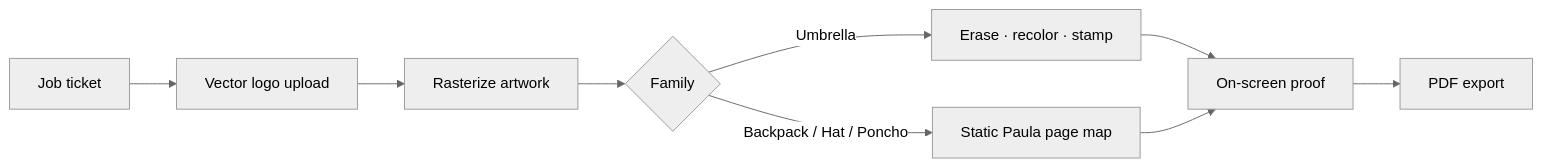
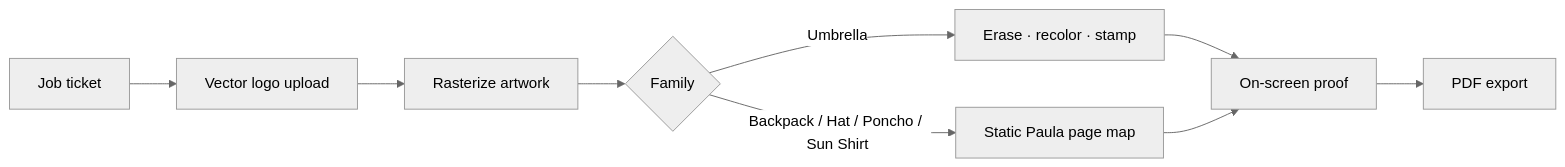
Before and after one commit to WeathermanInc/virtual-mockup: the first of 4 diagrams in README.md, drawn with Mermaid (neutral theme). The commit also changed other lines of this file and 9 other files, not shown here.

First line of the commit message:
Add Sun Shirt HS01/BS01 static page map and Paula stamp pipeline (stamp 113).

````diff
--- a/README.md
+++ b/README.md
@@ -153,11 +156,11 @@
 ```mermaid
 flowchart LR
   A[Job ticket] --> B[Vector logo upload]
   B --> C[Rasterize artwork]
   C --> D{Family}
   D -->|Umbrella| E[Erase · recolor · stamp]
-  D -->|Backpack / Hat / Poncho| F[Static Paula page map]
+  D -->|Backpack / Hat / Poncho / Sun Shirt| F[Static Paula page map]
   E --> G[On-screen proof]
   F --> G
   G --> H[PDF export]
 ```
````
